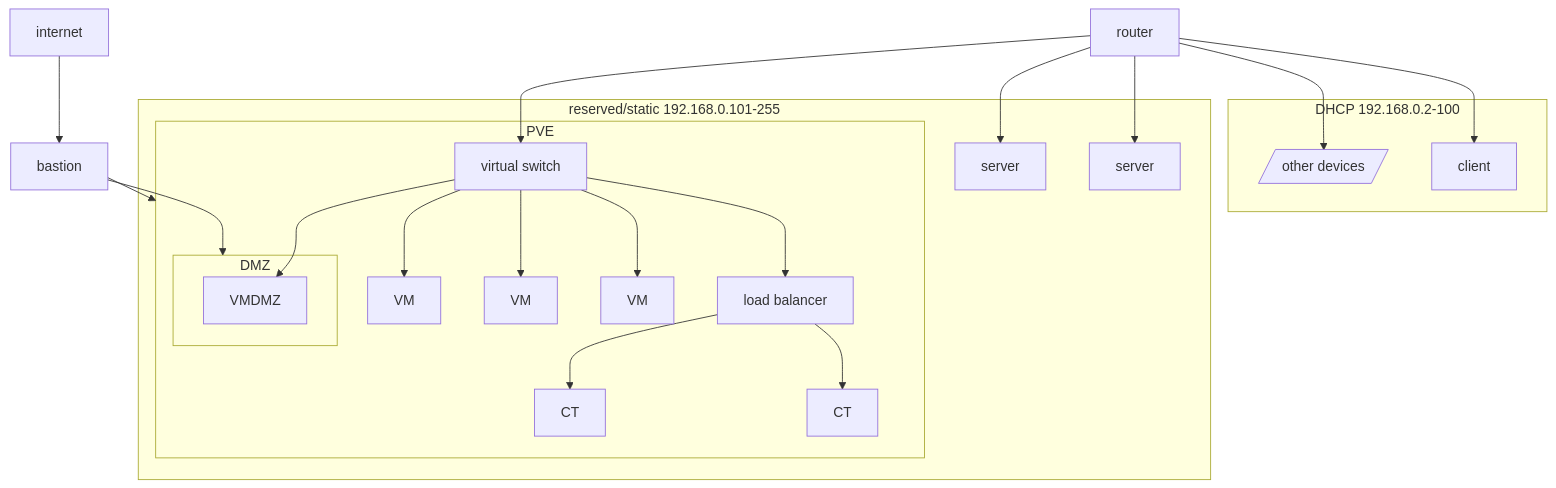
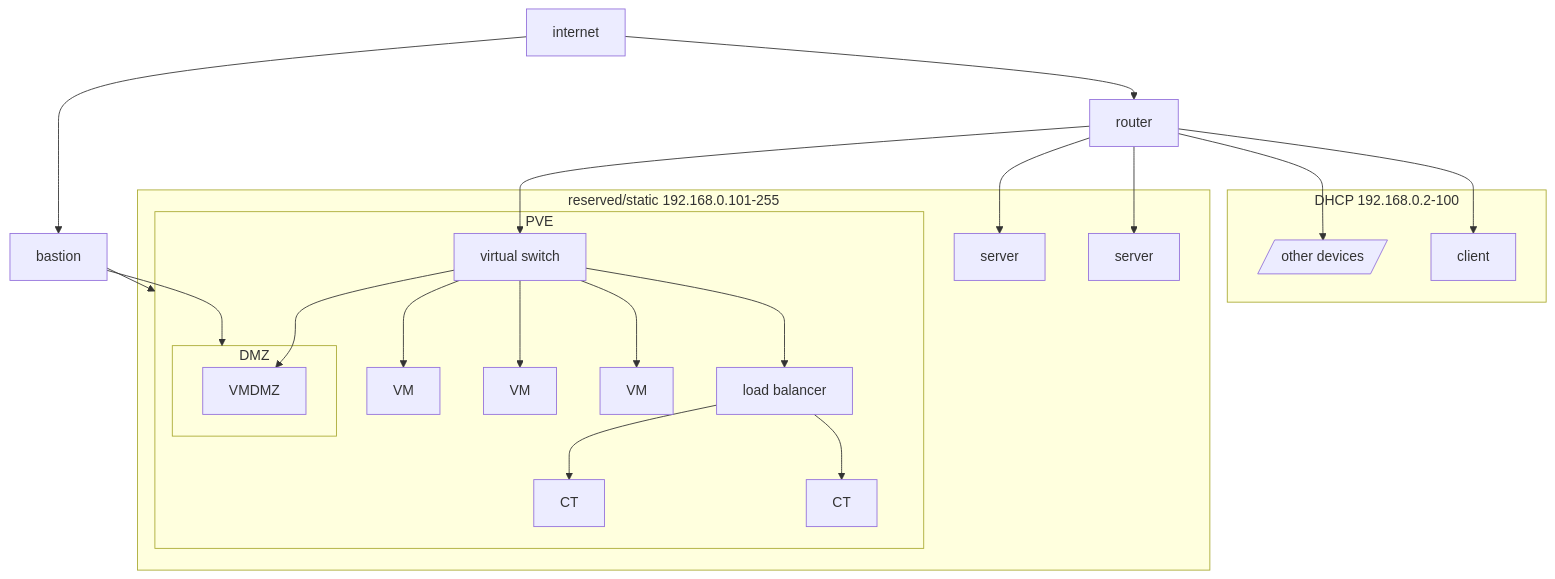
Before and after one commit to abdelhousni/homelab-dar: the diagram in deployment-layout.md, drawn with Mermaid.

````diff
--- a/deployment-layout.md
+++ b/deployment-layout.md
@@ -2,48 +2,48 @@
 ```mermaid
 graph TD
     internet --> bastion
-  
+    internet --> A
     bastion --> PVE
     bastion --> DMZ
 
     A[router//gateway: 192.168.1.1] --> 
     vswitch[virtual switch] --> LB[load balancer]
     
     vswitch --> VM1[VM]
     vswitch--> VM2[VM]
 
     vswitch --> VM3[VM]
     LB --> CT1[CT]
     LB --> CT2[CT]
     
     A[router] --> Server1[server]
     A[router] --> Server2[server]
     A[router] --> other[/other devices/]
     A[router] --> client[client]
     subgraph DHCP 192.168.0.2-100
       other
       client
     end
     subgraph PVE
         vswitch
         VM1
         VM2
         VM3
         VMDMZ
         LB
         CT1
         CT2
         vswitch --> VMDMZ
         subgraph DMZ
 
        VMDMZ
 
     end
     end
     
     subgraph reserved/static 192.168.0.101-255
       Server1
       Server2
       PVE
     end
 ```
````
